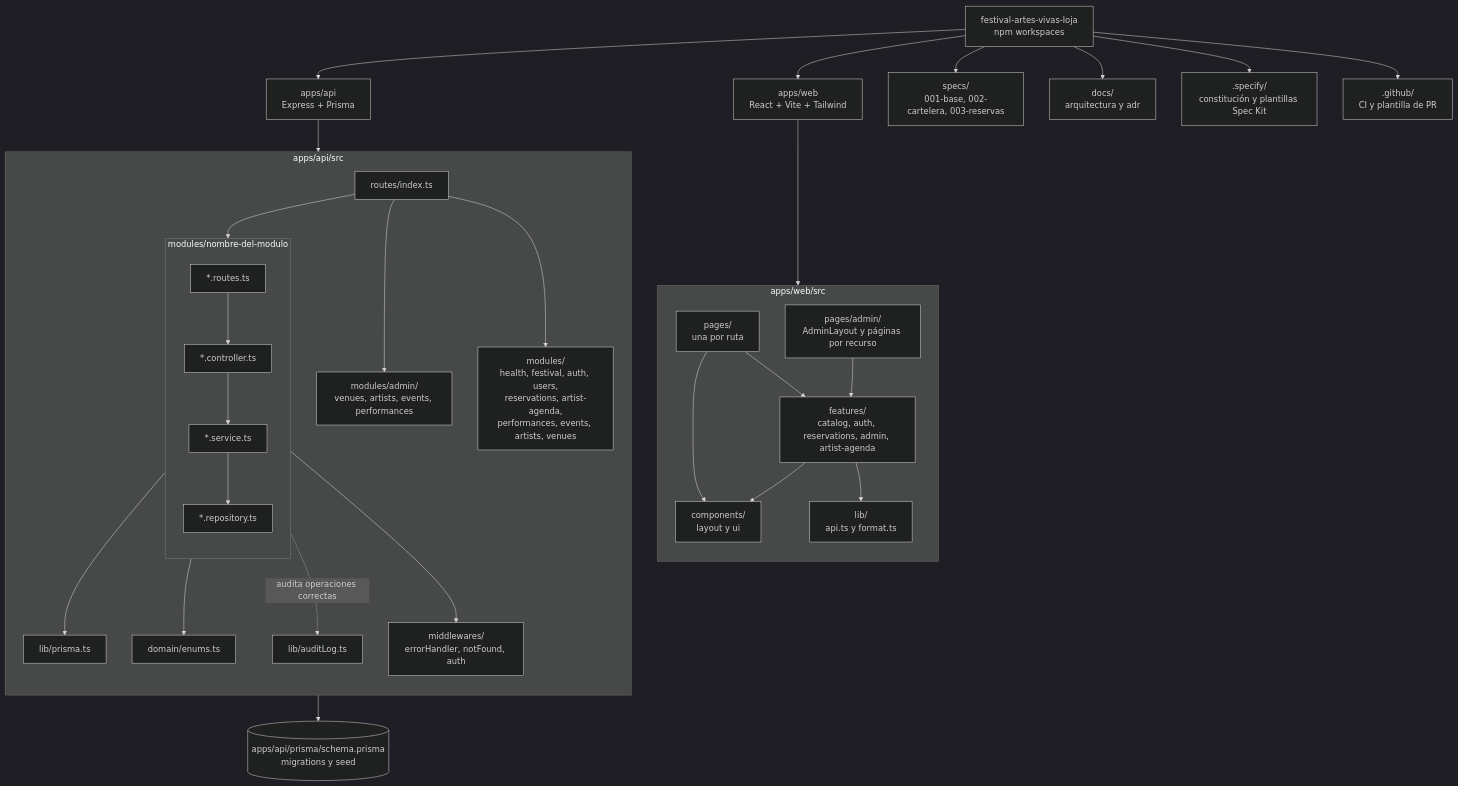
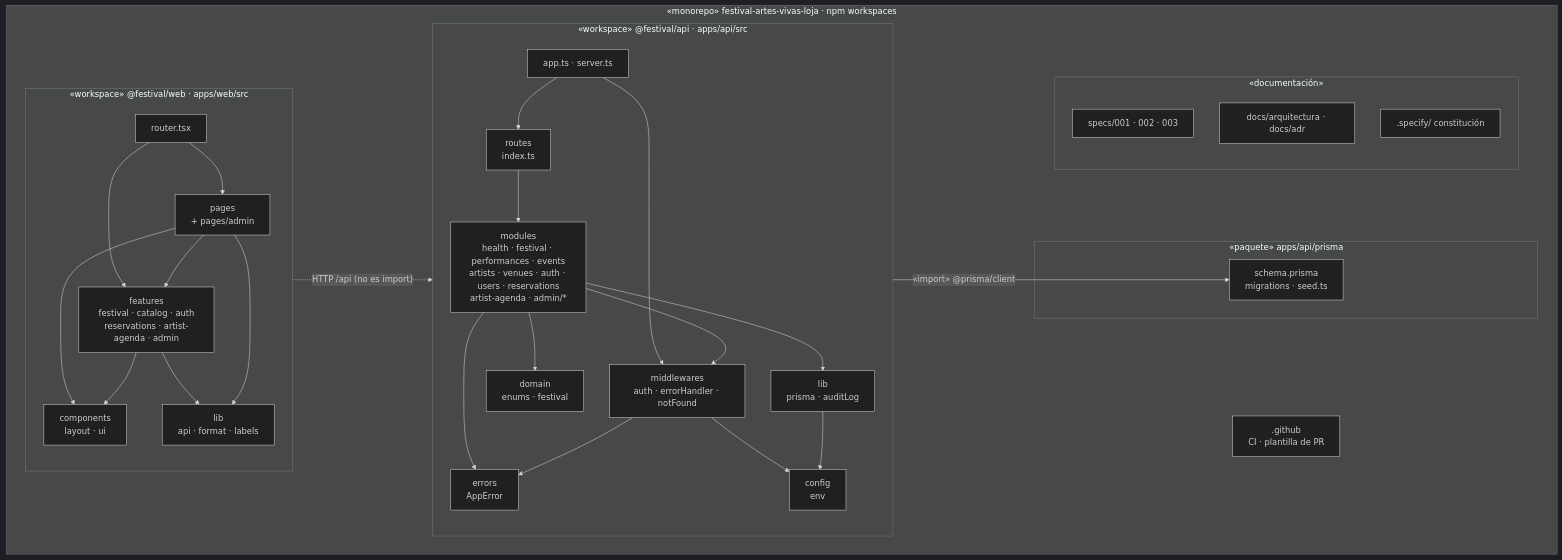
One commit to Camello15/festival-artes-vivas-loja changed the first of 4 diagrams in docs/arquitectura/03-vista-desarrollo.md. Above: the diagram before and after it, drawn with Mermaid (dark theme). The commit also changed other lines of this file and 7 other files, not shown here.

First line of the commit message:
docs(architecture): completar cadena de diagramas del modelo 4+1

````diff
--- a/docs/arquitectura/03-vista-desarrollo.md
+++ b/docs/arquitectura/03-vista-desarrollo.md
@@ -9,53 +12,60 @@
 ```mermaid
 flowchart TB
-    root["festival-artes-vivas-loja<br/>npm workspaces"]
+    subgraph REPO["«monorepo» festival-artes-vivas-loja · npm workspaces"]
+        direction LR
 
-    root --> web["apps/web<br/>React + Vite + Tailwind"]
-    root --> api["apps/api<br/>Express + Prisma"]
-    root --> specs["specs/<br/>001-base, 002-cartelera, 003-reservas"]
-    root --> docs["docs/<br/>arquitectura y adr"]
-    root --> specify[".specify/<br/>constitución y plantillas Spec Kit"]
-    root --> gh[".github/<br/>CI y plantilla de PR"]
+        subgraph WEB["«workspace» @festival/web · apps/web/src"]
+            direction TB
+            wRouter["router.tsx"]
+            wPages["pages<br/>+ pages/admin"]
+            wFeatures["features<br/>festival · catalog · auth<br/>reservations · artist-agenda · admin"]
+            wComponents["components<br/>layout · ui"]
+            wLib["lib<br/>api · format · labels"]
+            wRouter --> wPages
+            wRouter --> wFeatures
+            wPages --> wFeatures
+            wPages --> wComponents
+            wFeatures --> wComponents
+            wFeatures --> wLib
+            wPages --> wLib
+        end
 
-    subgraph WEB["apps/web/src"]
-        direction TB
-        pages["pages/<br/>una por ruta"]
-        features["features/<br/>catalog, auth, reservations, admin, artist-agenda"]
-        components["components/<br/>layout y ui"]
-        lib["lib/<br/>api.ts y format.ts"]
-        adminPages["pages/admin/<br/>AdminLayout y páginas por recurso"]
-        pages --> features
-        pages --> components
-        adminPages --> features
-        features --> lib
-        features --> components
+        subgraph API["«workspace» @festival/api · apps/api/src"]
+            direction TB
+            aApp["app.ts · server.ts"]
+            aRoutes["routes<br/>index.ts"]
+            aModules["modules<br/>health · festival · performances · events<br/>artists · venues · auth · users · reservations<br/>artist-agenda · admin/*"]
+            aMw["middlewares<br/>auth · errorHandler · notFound"]
+            aErr["errors<br/>AppError"]
+            aDom["domain<br/>enums · festival"]
+            aLib["lib<br/>prisma · auditLog"]
+            aCfg["config<br/>env"]
+            aApp --> aRoutes
+            aApp --> aMw
+            aRoutes --> aModules
+            aModules --> aMw
+            aModules --> aErr
+            aModules --> aDom
+            aModules --> aLib
+            aMw --> aErr
+            aMw --> aCfg
+            aLib --> aCfg
+        end
+
+        subgraph PRISMA["«paquete» apps/api/prisma"]
+            schema["schema.prisma<br/>migrations · seed.ts"]
+        end
+
+        subgraph DOCS["«documentación»"]
+            direction TB
+            specs["specs/001 · 002 · 003"]
+            docs["docs/arquitectura · docs/adr"]
+            specify[".specify/ constitución"]
+        end
+
+        GH[".github<br/>CI · plantilla de PR"]
     end
 
-    subgraph API["apps/api/src"]
-        direction TB
-        routes["routes/index.ts"]
-        subgraph modules["modules/nombre-del-modulo"]
-            direction TB
-            rt["*.routes.ts"] --> ct["*.controller.ts"]
-            ct --> sv["*.service.ts"]
-            sv --> rp["*.repository.ts"]
-        end
-        mw["middlewares/<br/>errorHandler, notFound, auth"]
-        dom["domain/enums.ts"]
-        prismaLib["lib/prisma.ts"]
-        auditLib["lib/auditLog.ts"]
-        admin["modules/admin/<br/>venues, artists, events, performances"]
-        modulesOthers["modules/<br/>health, festival, auth, users,<br/>reservations, artist-agenda,<br/>performances, events, artists, venues"]
-        routes --> rt
-        routes --> admin
-        routes --> modulesOthers
-        rp --> prismaLib
-        sv --> dom
-        sv -. "audita operaciones correctas" .-> auditLib
-        ct --> mw
-    end
-
-    web --> WEB
-    api --> API
-    prismaLib --> schema[("apps/api/prisma/schema.prisma<br/>migrations y seed")]
+    aLib -- "«import» @prisma/client" --> schema
+    wLib -. "HTTP /api (no es import)" .-> aRoutes
 ```
````
